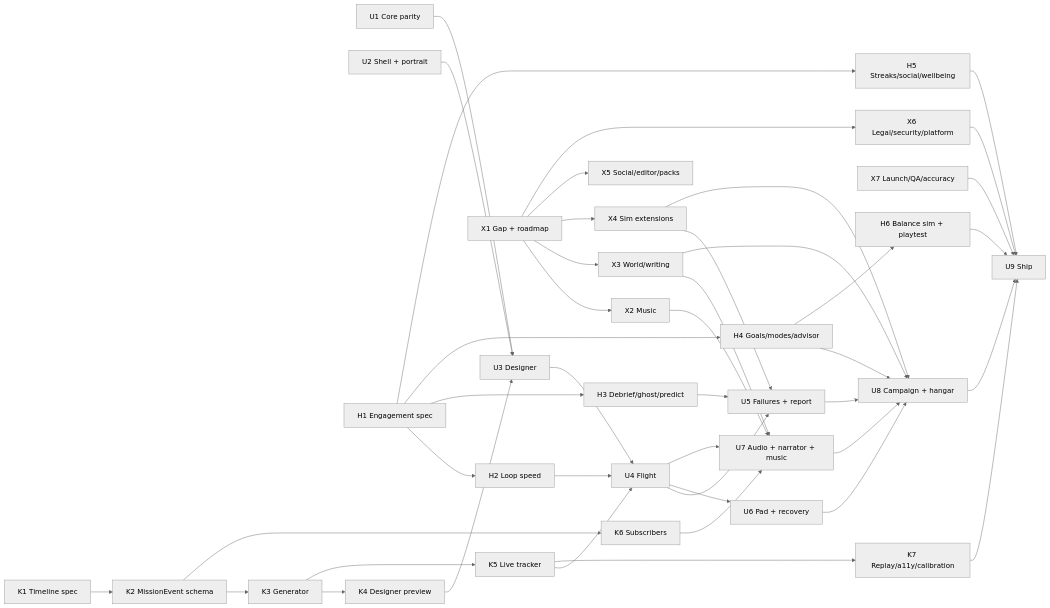
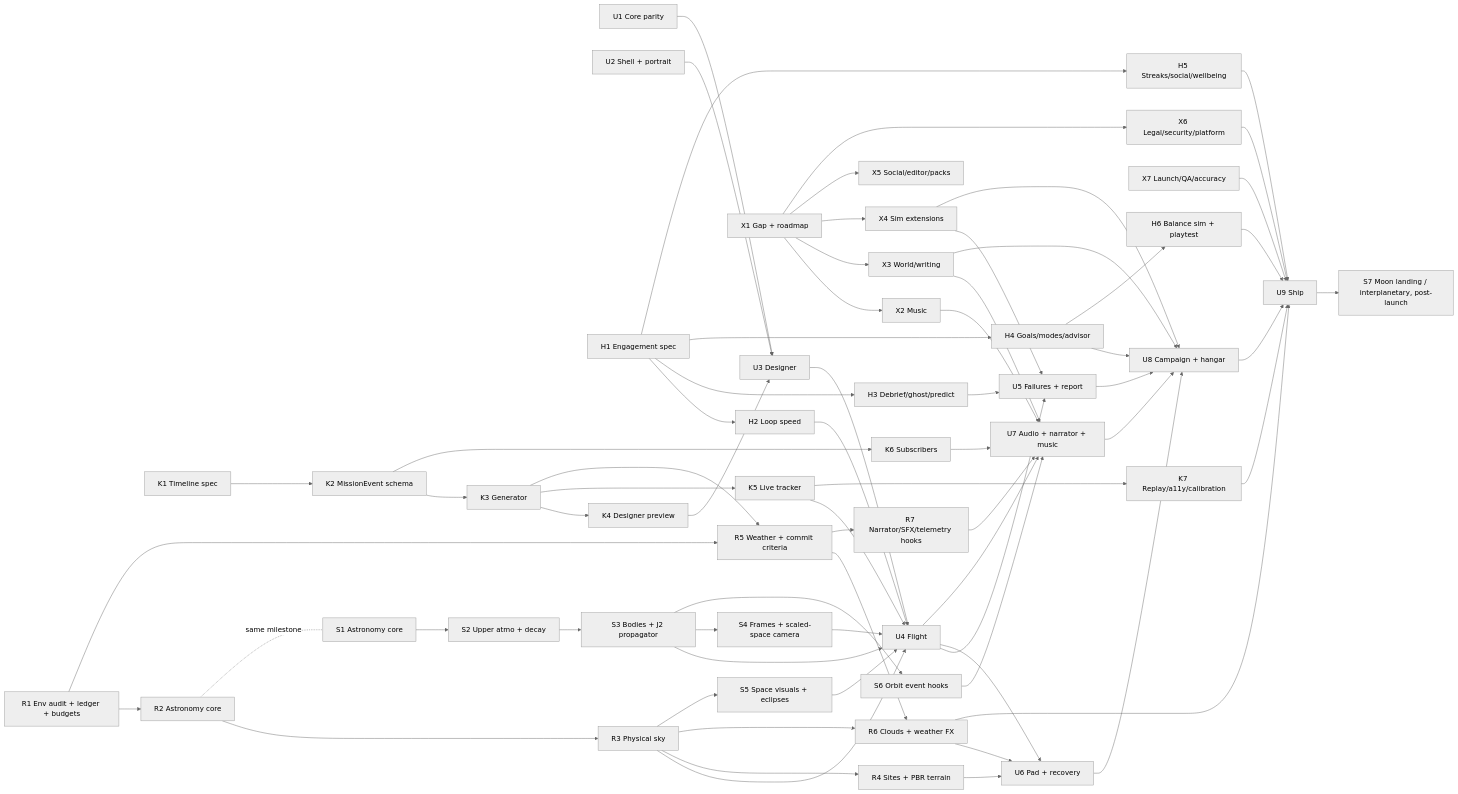
Before and after one commit to becktj90/kestrel-heavy: the diagram in docs/MASTER_ROADMAP.md, drawn with Mermaid (neutral theme). The commit also changed other lines of this file and 2 other files, not shown here.

Commit message:
docs: Environment Realism (R1–R7) + Space (S1–S7) audits (#78)
* docs: Environment Realism audit (R1–R7) + fold into MASTER_ROADMAP

* docs: Upper Atmosphere and Outer Space audit (S1–S7), shared with R1–R7; fold into MASTER_ROADMAP

---------

````diff
--- a/docs/MASTER_ROADMAP.md
+++ b/docs/MASTER_ROADMAP.md
@@ -6,37 +6,52 @@
 ```mermaid
 graph LR
   U1[U1 Core parity] --> U3[U3 Designer]
   U2[U2 Shell + portrait] --> U3
   U3 --> U4[U4 Flight]
   U4 --> U5[U5 Failures + report]
   U4 --> U6[U6 Pad + recovery]
   U4 --> U7[U7 Audio + narrator + music]
   U5 --> U8[U8 Campaign + hangar]
   U6 --> U8
   U7 --> U8
   U8 --> U9[U9 Ship]
   X1[X1 Gap + roadmap] --> X2[X2 Music]
   X1 --> X3[X3 World/writing]
   X1 --> X4[X4 Sim extensions]
   X2 --> U7
   X3 --> U7
   X3 --> U8
   X4 --> U5
   X4 --> U8
   X1 --> X5[X5 Social/editor/packs]
   X1 --> X6[X6 Legal/security/platform]
   X6 --> U9
   X7[X7 Launch/QA/accuracy] --> U9
   H1[H1 Engagement spec] --> H2[H2 Loop speed]
   H1 --> H3[H3 Debrief/ghost/predict]
   H2 --> U4
   H3 --> U5
   H1 --> H4[H4 Goals/modes/advisor] --> U8
   H1 --> H5[H5 Streaks/social/wellbeing] --> U9
   H4 --> H6[H6 Balance sim + playtest] --> U9
   K1[K1 Timeline spec] --> K2[K2 MissionEvent schema] --> K3[K3 Generator]
   K3 --> K4[K4 Designer preview] --> U3
   K3 --> K5[K5 Live tracker] --> U4
   K2 --> K6[K6 Subscribers] --> U7
   K5 --> K7[K7 Replay/a11y/calibration] --> U9
+  R1[R1 Env audit + ledger + budgets] --> R2[R2 Astronomy core]
+  R1 --> R5[R5 Weather + commit criteria]
+  K3 --> R5
+  R2 --> R3[R3 Physical sky] --> U4
+  R3 --> R4[R4 Sites + PBR terrain] --> U6
+  R5 --> R6[R6 Clouds + weather FX]
+  R3 --> R6 --> U6
+  R5 --> R7[R7 Narrator/SFX/telemetry hooks] --> U7
+  R6 --> U9
+  R2 -. same milestone .- S1[S1 Astronomy core]
+  S1 --> S2[S2 Upper atmo + decay] --> S3[S3 Bodies + J2 propagator] --> U4
+  S3 --> S4[S4 Frames + scaled-space camera] --> U4
+  R3 --> S5[S5 Space visuals + eclipses] --> U4
+  S3 --> S6[S6 Orbit event hooks] --> U7
+  U9 --> S7[S7 Moon landing / interplanetary, post-launch]
 ```
````
